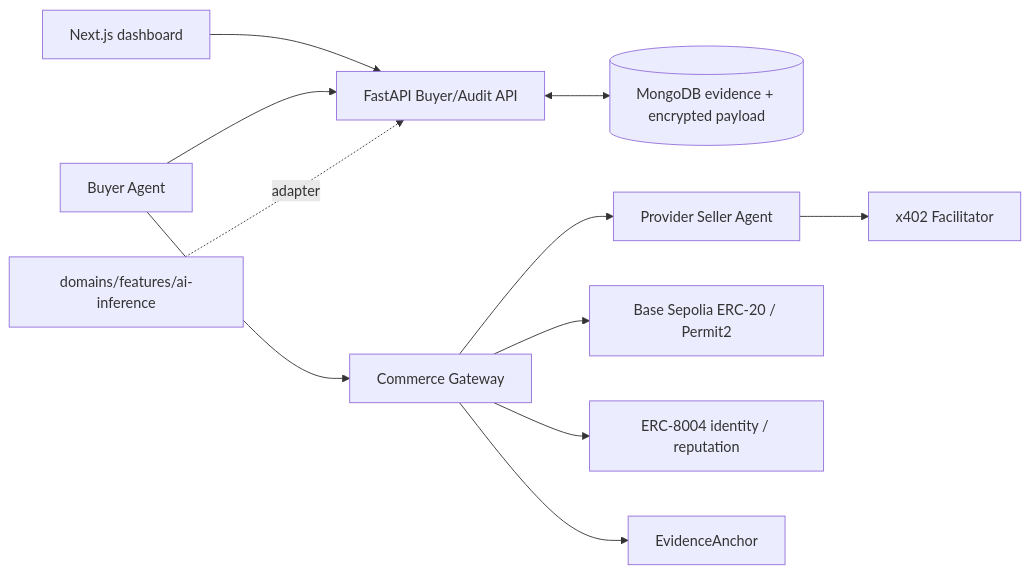
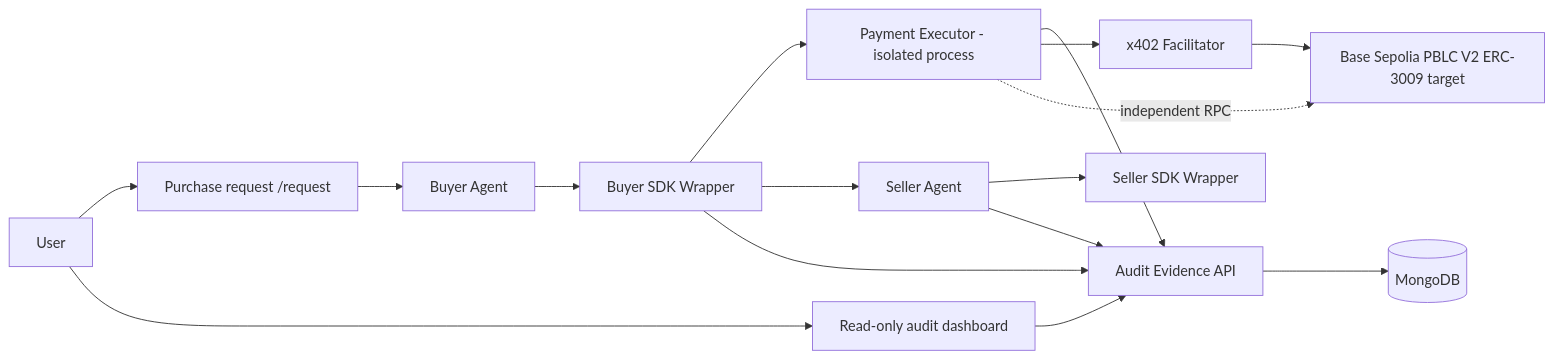
One commit to codenameVien/ai-agent-payment-audit changed the diagram in README.en.md. Above: the diagram before and after it, drawn with Mermaid. The commit also changed other lines of this file and 41 other files, not shown here.

````diff
--- a/README.en.md
+++ b/README.en.md
@@ -43,13 +43,18 @@
 ```mermaid
 flowchart LR
-  UI[Next.js dashboard] --> API[FastAPI Buyer/Audit API]
-  BUYER[Buyer Agent] --> API
-  API <--> MONGO[(MongoDB evidence + encrypted payload)]
-  BUYER --> GATEWAY[Commerce Gateway]
-  GATEWAY --> SELLER[Provider Seller Agent]
-  SELLER --> FACILITATOR[x402 Facilitator]
-  GATEWAY --> CHAIN[Base Sepolia ERC-20 / Permit2]
-  GATEWAY --> ERC8004[ERC-8004 identity / reputation]
-  GATEWAY --> ANCHOR[EvidenceAnchor]
-  DOMAIN[domains/features/ai-inference] -. adapter .-> API
+  U[User] --> R[Purchase request /request]
+  U --> D[Read-only audit dashboard]
+  R --> B[Buyer Agent]
+  B --> BW[Buyer SDK Wrapper]
+  BW --> P[Payment Executor - isolated process]
+  BW --> S[Seller Agent]
+  S --> SW[Seller SDK Wrapper]
+  BW --> E[Audit Evidence API]
+  P --> E
+  S --> E
+  E --> M[(MongoDB)]
+  P --> F[x402 Facilitator]
+  F --> C[Base Sepolia PBLC V2 ERC-3009 target]
+  P -. independent RPC .-> C
+  D --> E
 ```
````
